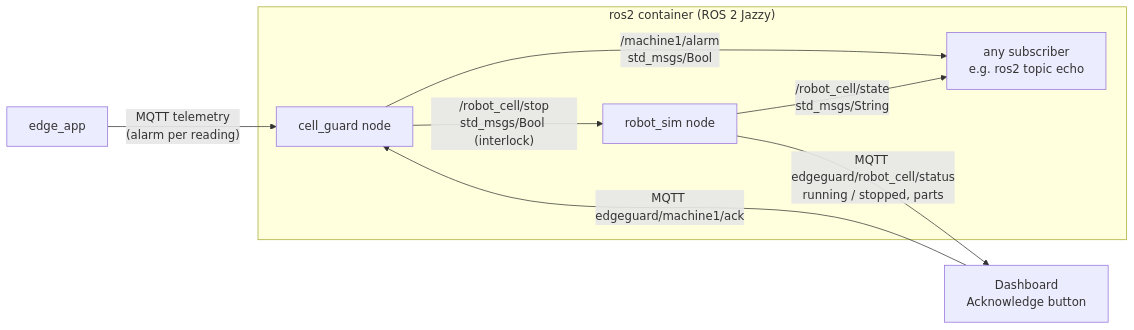
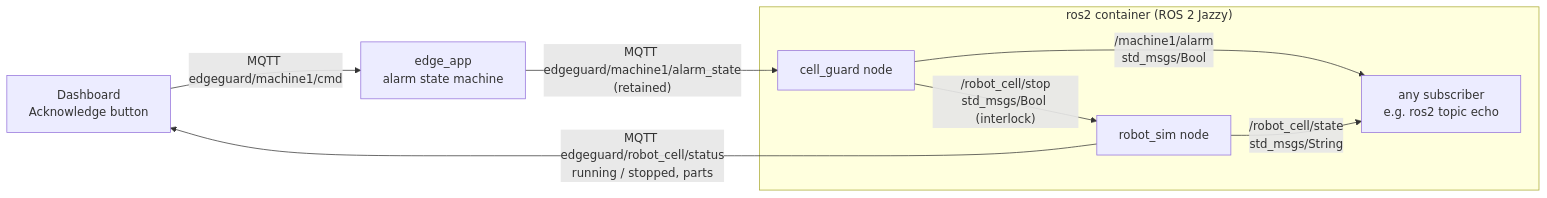
Before and after one commit to showrav38/edgeguard: the second of 2 diagrams in README.md, drawn with Mermaid. The commit also changed other lines of this file and 26 other files, not shown here.

Commit message:
Alarm state machine in the edge app: single source of truth for dashboard, PLC and ROS 2

````diff
--- a/README.md
+++ b/README.md
@@ -95,11 +99,11 @@
 ```mermaid
 flowchart LR
-    E["edge_app"] -- "MQTT telemetry<br/>(alarm per reading)" --> G
-    D["Dashboard<br/>Acknowledge button"] -- "MQTT edgeguard/machine1/ack" --> G
+    D["Dashboard<br/>Acknowledge button"] -- "MQTT edgeguard/machine1/cmd" --> E
+    E["edge_app<br/>alarm state machine"] -- "MQTT edgeguard/machine1/alarm_state<br/>(retained)" --> G
     subgraph ros["ros2 container (ROS 2 Jazzy)"]
         G["cell_guard node"] -- "/machine1/alarm<br/>std_msgs/Bool" --> Z["any subscriber<br/>e.g. ros2 topic echo"]
         G -- "/robot_cell/stop<br/>std_msgs/Bool (interlock)" --> R["robot_sim node"]
         R -- "/robot_cell/state<br/>std_msgs/String" --> Z
     end
     R -- "MQTT edgeguard/robot_cell/status<br/>running / stopped, parts" --> D
 ```
````
